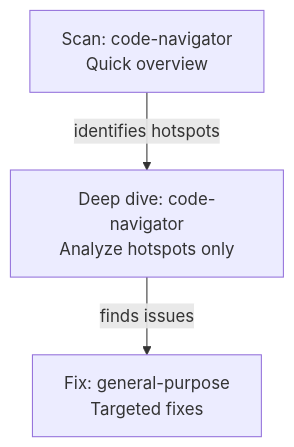
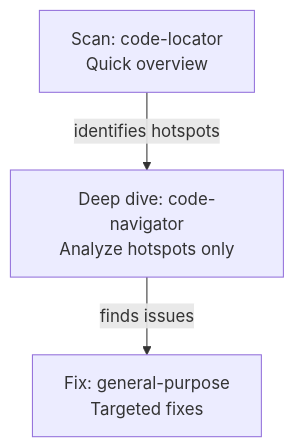
The tenth of 10 diagrams in skills/orchestrate-agents/SKILL.md (yagizdo/quiver), drawn with Mermaid before and after one commit. The commit also changed other lines of this file and 22 other files, not shown here.

First line of the commit message:
feat: add code-locator agent and SessionStart auto-dispatch hook (#32)

````diff
--- a/skills/orchestrate-agents/SKILL.md
+++ b/skills/orchestrate-agents/SKILL.md
@@ -514,5 +516,5 @@
 ```mermaid
 flowchart TD
-    S1[Scan: code-navigator<br/>Quick overview] -->|identifies hotspots| S2[Deep dive: code-navigator<br/>Analyze hotspots only]
+    S1[Scan: code-locator<br/>Quick overview] -->|identifies hotspots| S2[Deep dive: code-navigator<br/>Analyze hotspots only]
     S2 -->|finds issues| S3[Fix: general-purpose<br/>Targeted fixes]
 ```
````
